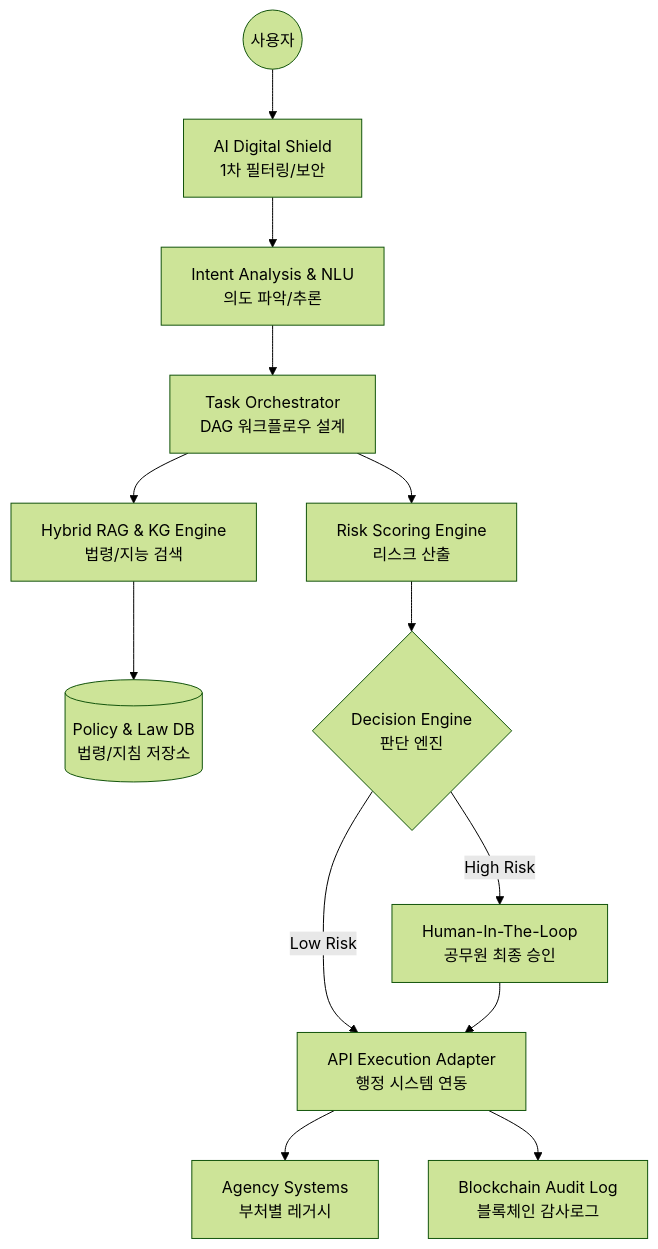
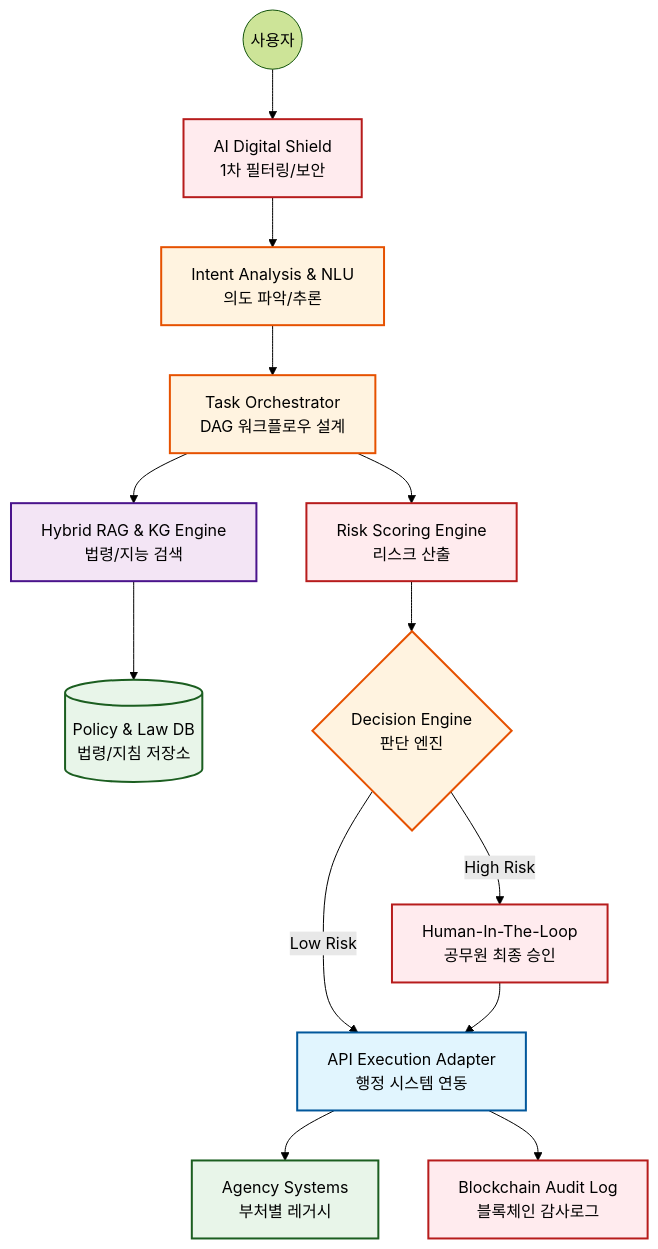
One commit to SxxMWolf/minwonAI changed the fourth of 7 diagrams in final_comprehensive_proposal.md. Above: the diagram before and after it, drawn with Mermaid (forest theme). The commit also changed other lines of this file, not shown here.

````diff
--- a/final_comprehensive_proposal.md
+++ b/final_comprehensive_proposal.md
@@ -450,15 +478,21 @@
 ```mermaid
 graph TD
-    User((사용자)) --> Shield[AI Digital Shield<br/>1차 필터링/보안]
-    Shield --> NLP[Intent Analysis & NLU<br/>의도 파악/추론]
-    NLP --> Orchestrator[Task Orchestrator<br/>DAG 워크플로우 설계]
-    Orchestrator --> RAG[Hybrid RAG & KG Engine<br/>법령/지능 검색]
-    Orchestrator --> Risk[Risk Scoring Engine<br/>리스크 산출]
-    RAG --> DB[(Policy & Law DB<br/>법령/지침 저장소)]
-    Risk --> Decision{Decision Engine<br/>판단 엔진}
-    Decision -->|Low Risk| Exec[API Execution Adapter<br/>행정 시스템 연동]
-    Decision -->|High Risk| HITL[Human-In-The-Loop<br/>공무원 최종 승인]
-    Exec --> Legacy[Agency Systems<br/>부처별 레거시]
+    classDef interface fill:#e1f5fe,stroke:#01579b,stroke-width:2px;
+    classDef logic fill:#fff3e0,stroke:#e65100,stroke-width:2px;
+    classDef knowledge fill:#f3e5f5,stroke:#4a148c,stroke-width:2px;
+    classDef storage fill:#e8f5e9,stroke:#1b5e20,stroke-width:2px;
+    classDef safety fill:#ffebee,stroke:#b71c1c,stroke-width:2px;
+
+    User((사용자)) --> Shield[AI Digital Shield<br/>1차 필터링/보안]:::safety
+    Shield --> NLP[Intent Analysis & NLU<br/>의도 파악/추론]:::logic
+    NLP --> Orchestrator[Task Orchestrator<br/>DAG 워크플로우 설계]:::logic
+    Orchestrator --> RAG[Hybrid RAG & KG Engine<br/>법령/지능 검색]:::knowledge
+    Orchestrator --> Risk[Risk Scoring Engine<br/>리스크 산출]:::safety
+    RAG --> DB[(Policy & Law DB<br/>법령/지침 저장소)]:::storage
+    Risk --> Decision{Decision Engine<br/>판단 엔진}:::logic
+    Decision -->|Low Risk| Exec[API Execution Adapter<br/>행정 시스템 연동]:::interface
+    Decision -->|High Risk| HITL[Human-In-The-Loop<br/>공무원 최종 승인]:::safety
+    Exec --> Legacy[Agency Systems<br/>부처별 레거시]:::storage
     HITL --> Exec
-    Exec --> Audit[Blockchain Audit Log<br/>블록체인 감사로그]
+    Exec --> Audit[Blockchain Audit Log<br/>블록체인 감사로그]:::safety
 ```
````
